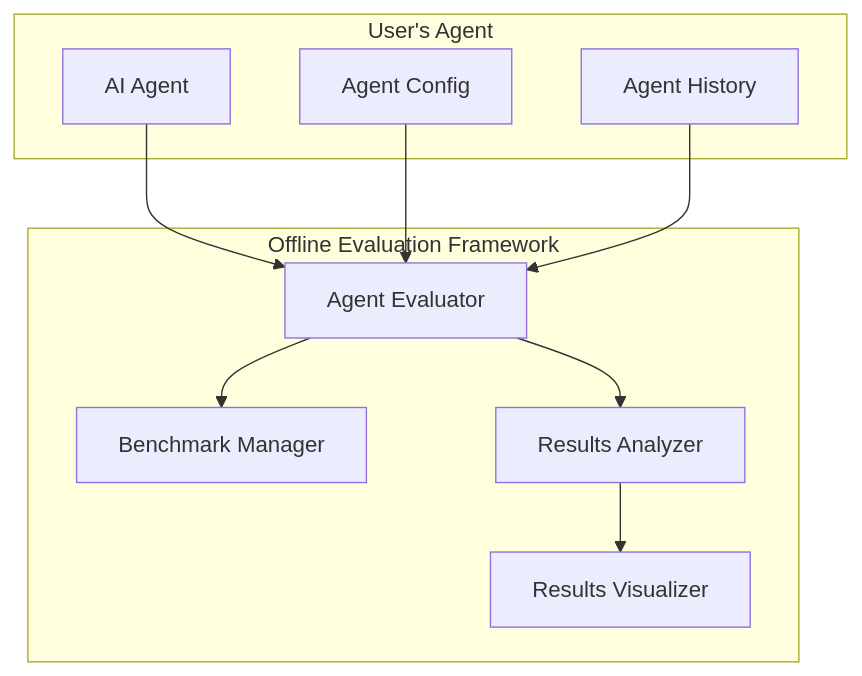
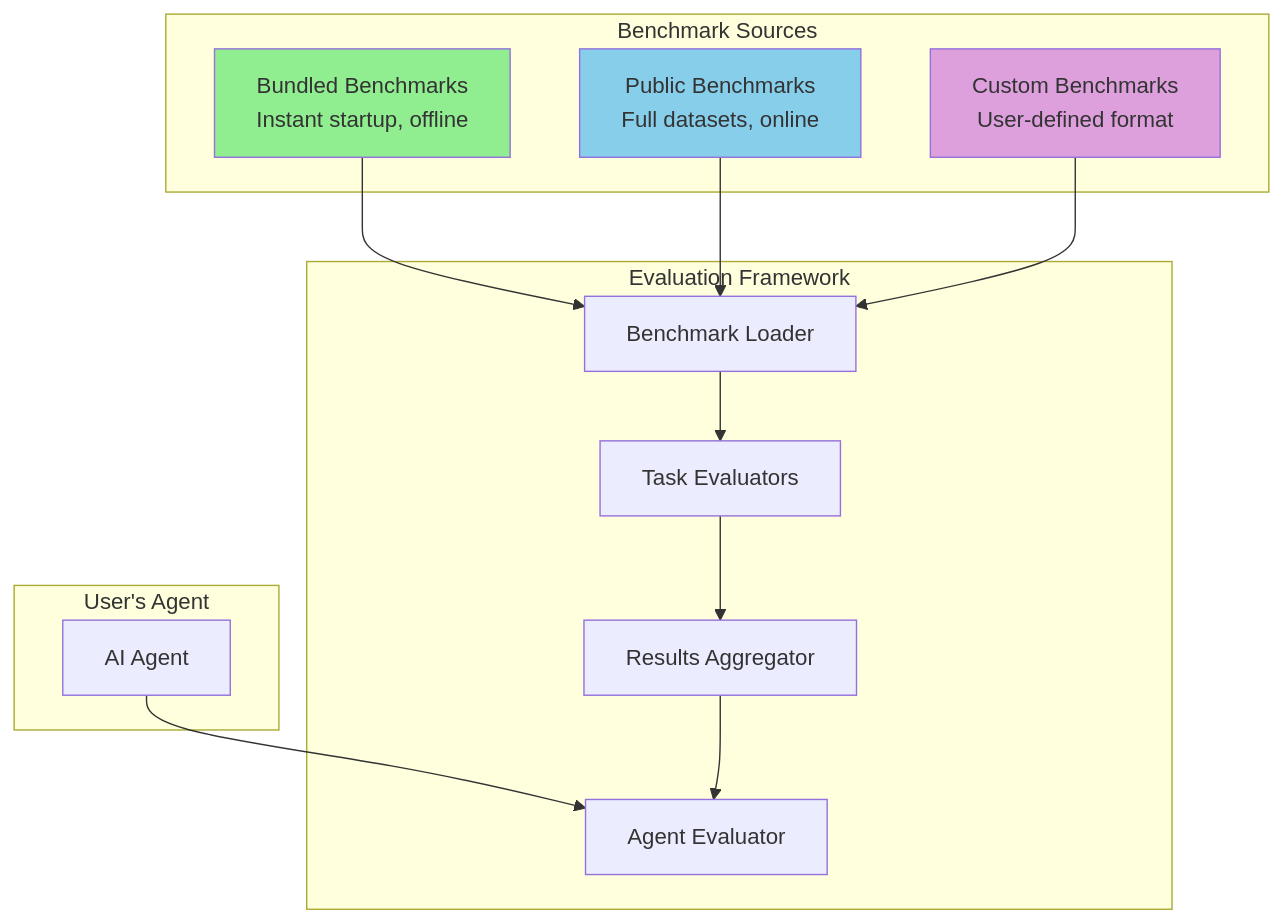
Before and after one commit to agentplug/agenthub: the first of 2 diagrams in agentmanager/evaluation/.offline_evaluation/offline_evaluation_design.md, drawn with Mermaid. The commit also changed other lines of this file and 1 other file, not shown here.

First line of the commit message:
refactor: redesign offline evaluation framework for public benchmarks and AgentManager integration

````diff
--- a/agentmanager/evaluation/.offline_evaluation/offline_evaluation_design.md
+++ b/agentmanager/evaluation/.offline_evaluation/offline_evaluation_design.md
@@ -48,22 +57,31 @@
 ```mermaid
 graph TB
-    subgraph "Offline Evaluation Framework"
+    subgraph "Evaluation Framework"
         Evaluator[Agent Evaluator]
-        Benchmarks[Benchmark Manager]
-        Analyzer[Results Analyzer]
-        Visualizer[Results Visualizer]
+        BenchmarkLoader[Benchmark Loader]
+        TaskEvaluators[Task Evaluators]
+        ResultsAggregator[Results Aggregator]
+    end
+    
+    subgraph "Benchmark Sources"
+        BundledBenchmarks[Bundled Benchmarks<br/>Instant startup, offline]
+        PublicBenchmarks[Public Benchmarks<br/>Full datasets, online]
+        CustomBenchmarks[Custom Benchmarks<br/>User-defined format]
     end
     
     subgraph "User's Agent"
         Agent[AI Agent]
-        Config[Agent Config]
-        History[Agent History]
     end
     
     Agent --> Evaluator
-    Config --> Evaluator
-    History --> Evaluator
-    Evaluator --> Benchmarks
-    Evaluator --> Analyzer
-    Analyzer --> Visualizer
+    BundledBenchmarks --> BenchmarkLoader
+    PublicBenchmarks --> BenchmarkLoader
+    CustomBenchmarks --> BenchmarkLoader
+    BenchmarkLoader --> TaskEvaluators
+    TaskEvaluators --> ResultsAggregator
+    ResultsAggregator --> Evaluator
+    
+    style BundledBenchmarks fill:#90EE90
+    style PublicBenchmarks fill:#87CEEB
+    style CustomBenchmarks fill:#DDA0DD
 ```
````
